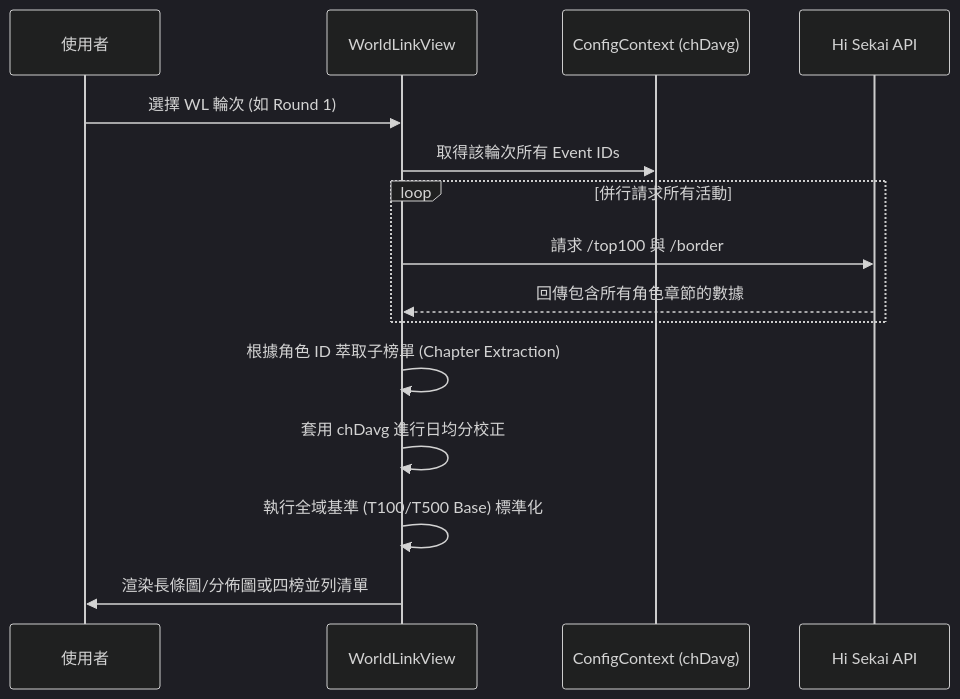
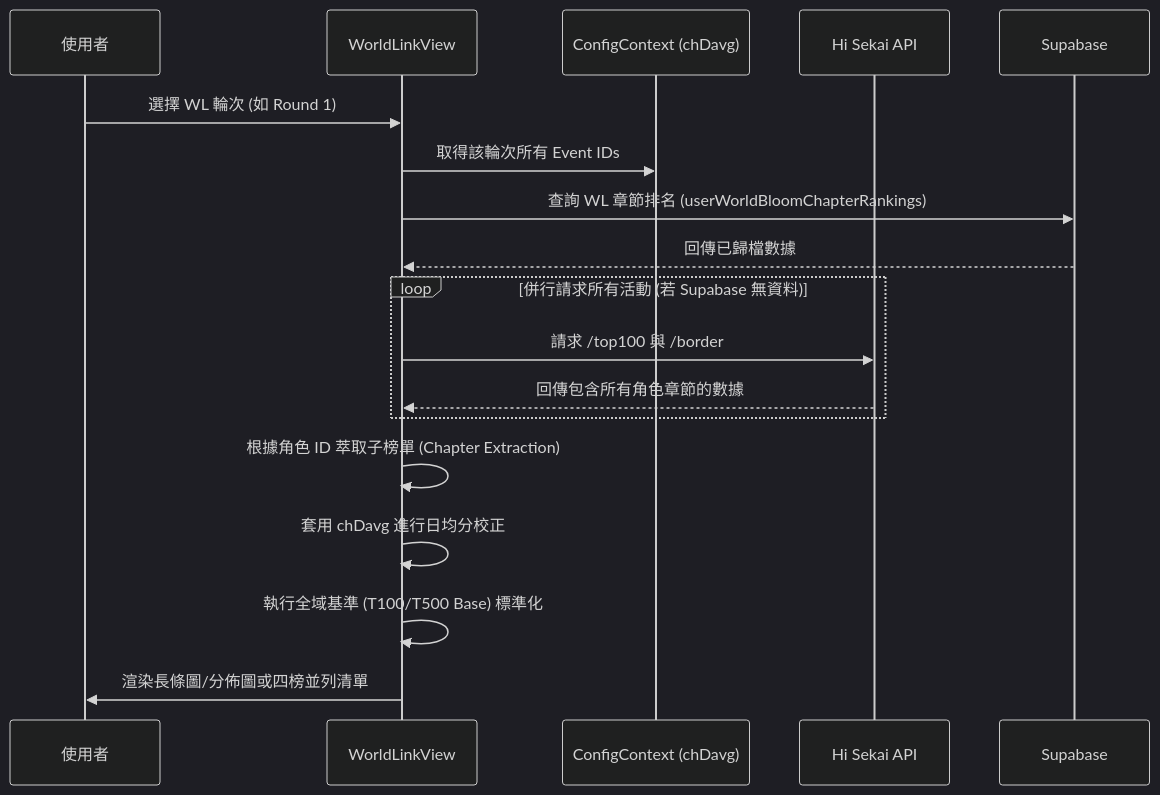
One commit to rockzerox/Project-Sekai-Ranking changed the diagram in docs/PAGE_WORLD_LINK.md. Above: the diagram before and after it, drawn with Mermaid (dark theme). The commit also changed other lines of this file and 65 other files, not shown here.

````diff
--- a/docs/PAGE_WORLD_LINK.md
+++ b/docs/PAGE_WORLD_LINK.md
@@ -103,18 +107,21 @@
 ```mermaid
 sequenceDiagram
     participant User as 使用者
     participant View as WorldLinkView
     participant Config as ConfigContext (chDavg)
     participant API as Hi Sekai API
+    participant DB as Supabase
 
     User->>View: 選擇 WL 輪次 (如 Round 1)
     View->>Config: 取得該輪次所有 Event IDs
-    loop 併行請求所有活動
+    View->>DB: 查詢 WL 章節排名 (userWorldBloomChapterRankings)
+    DB-->>View: 回傳已歸檔數據
+    loop 併行請求所有活動 (若 Supabase 無資料)
         View->>API: 請求 /top100 與 /border
         API-->>View: 回傳包含所有角色章節的數據
     end
     View->>View: 根據角色 ID 萃取子榜單 (Chapter Extraction)
     View->>View: 套用 chDavg 進行日均分校正
     View->>View: 執行全域基準 (T100/T500 Base) 標準化
     View->>User: 渲染長條圖/分佈圖或四榜並列清單
 ```
````
